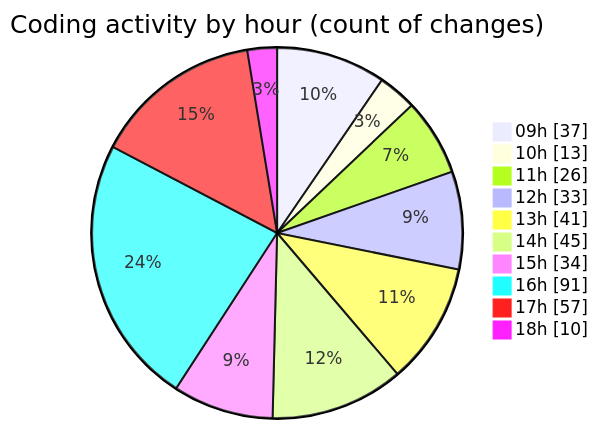
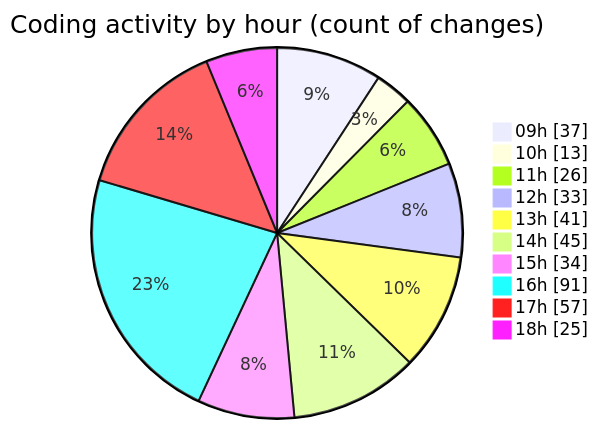
Before and after one commit to momahboobian/code-tracking: the second of 2 diagrams in 2026-04-23/cda/README.md, drawn with Mermaid. The commit also changed other lines of this file and 1 other file, not shown here.

````diff
--- a/2026-04-23/cda/README.md
+++ b/2026-04-23/cda/README.md
@@ -57,14 +57,14 @@
 ```mermaid
 pie showData
 title Coding activity by hour (count of changes)
 "09h" : 37
 "10h" : 13
 "11h" : 26
 "12h" : 33
 "13h" : 41
 "14h" : 45
 "15h" : 34
 "16h" : 91
 "17h" : 57
-"18h" : 10
+"18h" : 25
 ```
````
